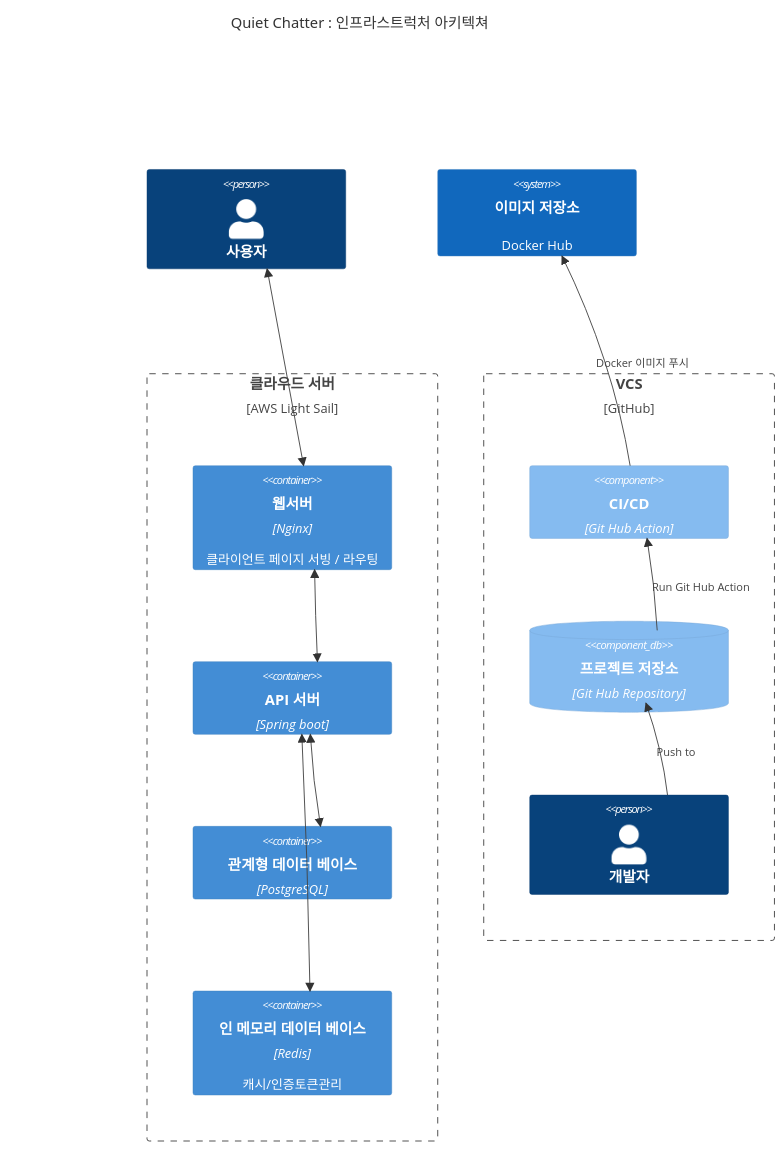
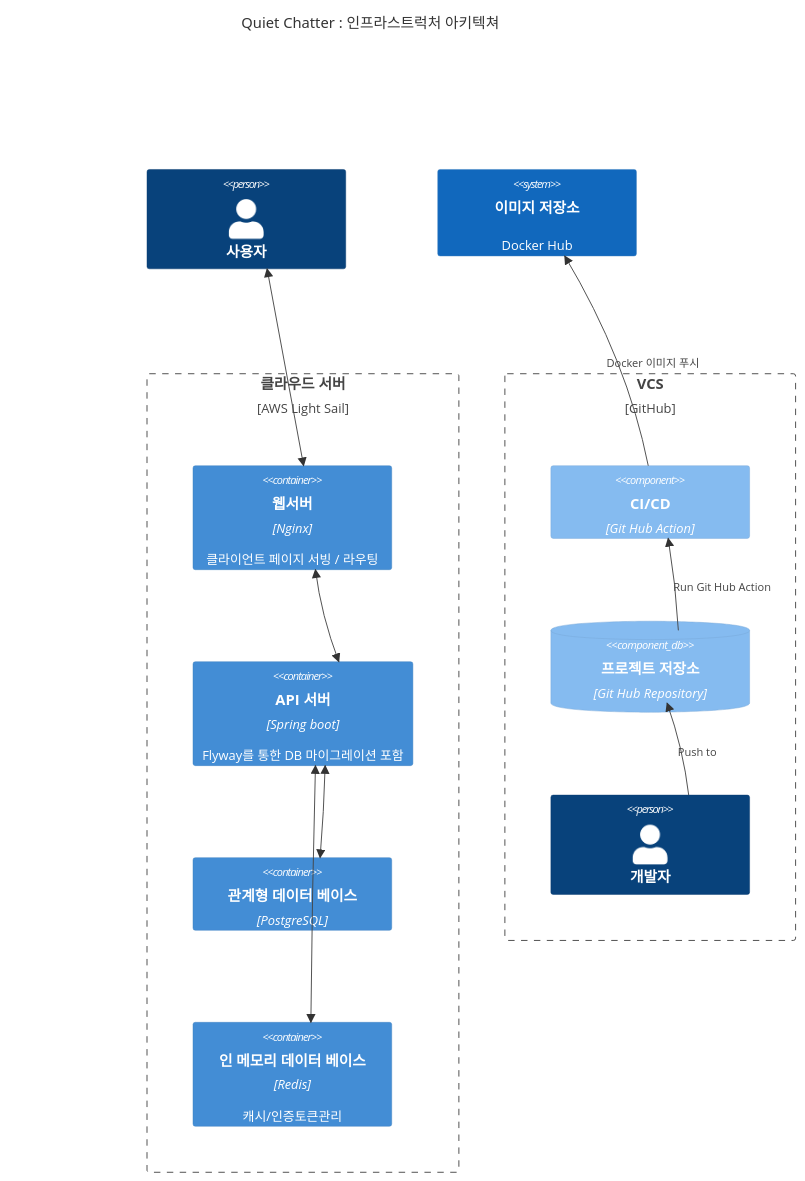
One commit to MASKUN2/quiet-chatter changed the diagram in docs/guide/infra_architecture_guide.md. Above: the diagram before and after it, drawn with Mermaid. The commit also changed 1 other file, not shown here.

Commit message:
docs: add Flyway migration details to architecture and agent guides

````diff
--- a/docs/guide/infra_architecture_guide.md
+++ b/docs/guide/infra_architecture_guide.md
@@ -3,27 +3,27 @@
 ```mermaid
     C4Context
     title Quiet Chatter : 인프라스트럭처 아키텍쳐
     Person(user, "사용자")
 
     Boundary(ststem, "클라우드 서버", "AWS Light Sail") {
         Container(ws, "웹서버", "Nginx", "클라이언트 페이지 서빙 / 라우팅")
-        Container(api_server, "API 서버", "Spring boot")
+        Container(api_server, "API 서버", "Spring boot", "Flyway를 통한 DB 마이그레이션 포함")
         Container(db, "관계형 데이터 베이스", "PostgreSQL")
         Container(in_memory_db, "인 메모리 데이터 베이스", "Redis", "캐시/인증토큰관리")
     }
 
     Boundary(git, "VCS", "GitHub") {
         Component(gitAction, "CI/CD", "Git Hub Action")
         ComponentDb(repository, "프로젝트 저장소", "Git Hub Repository")
         Person(developer, "개발자")
     }
     System(dockerhub, "이미지 저장소", "Docker Hub")
     BiRel(user, ws, "")
     Rel(gitAction, dockerhub, "Docker 이미지 푸시")
     BiRel(ws, api_server, "")
     BiRel(in_memory_db, api_server, "")
     Rel(developer, repository, "Push to")
     Rel(repository, gitAction, "Run Git Hub Action")
     BiRel(api_server, db, "")
 
 ```
````
